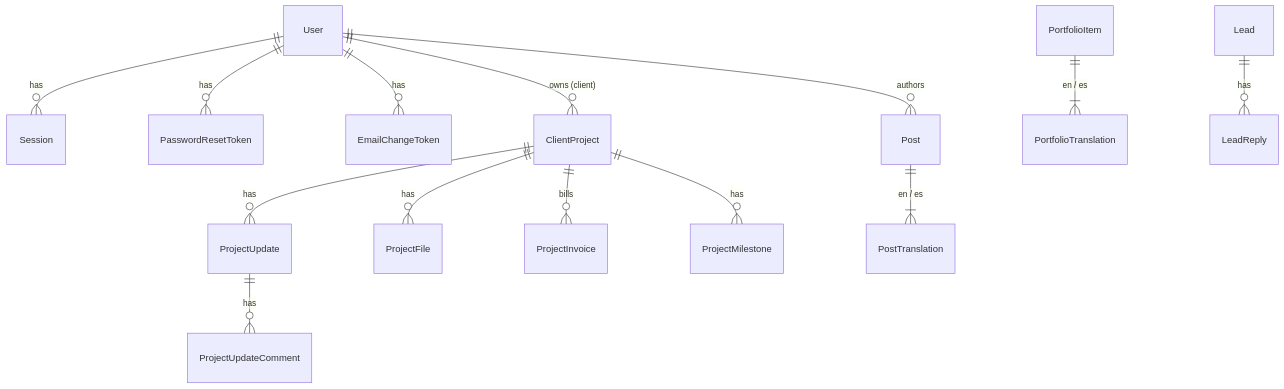
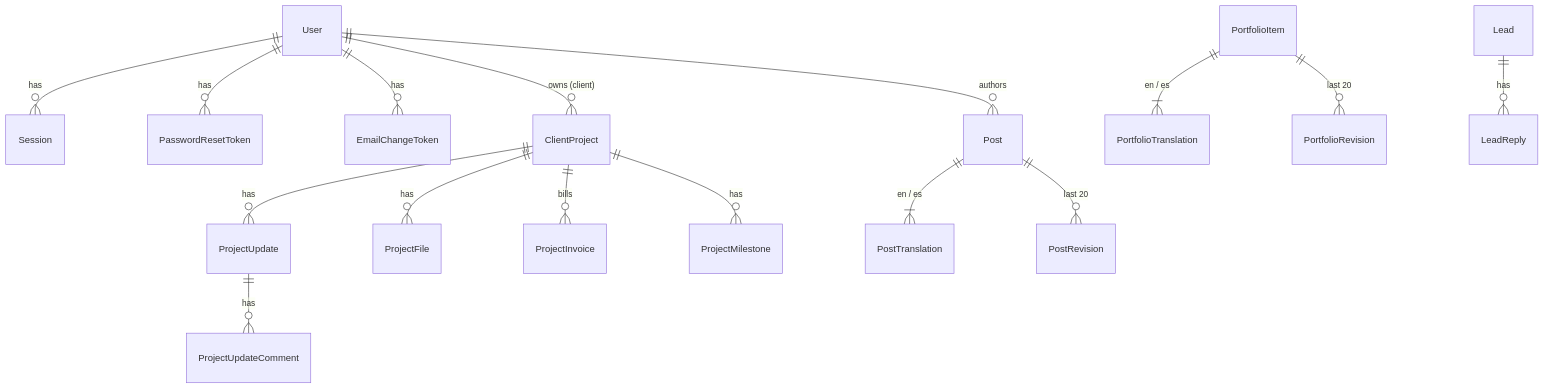
One commit to Codeqlick/Codeqlick changed the second of 3 diagrams in docs/architecture.md. Above: the diagram before and after it, drawn with Mermaid. The commit also changed other lines of this file, not shown here.

Commit message:
docs(content): specify revision history for posts and case studies

````diff
--- a/docs/architecture.md
+++ b/docs/architecture.md
@@ -149,16 +149,18 @@
 ```mermaid
 erDiagram
   User ||--o{ Session : has
   User ||--o{ PasswordResetToken : has
   User ||--o{ EmailChangeToken : has
   User ||--o{ ClientProject : "owns (client)"
   User ||--o{ Post : authors
   ClientProject ||--o{ ProjectUpdate : has
   ClientProject ||--o{ ProjectFile : has
   ClientProject ||--o{ ProjectInvoice : bills
   ClientProject ||--o{ ProjectMilestone : has
   ProjectUpdate ||--o{ ProjectUpdateComment : has
   Post ||--|{ PostTranslation : "en / es"
+  Post ||--o{ PostRevision : "last 20"
   PortfolioItem ||--|{ PortfolioTranslation : "en / es"
+  PortfolioItem ||--o{ PortfolioRevision : "last 20"
   Lead ||--o{ LeadReply : has
 ```
````
